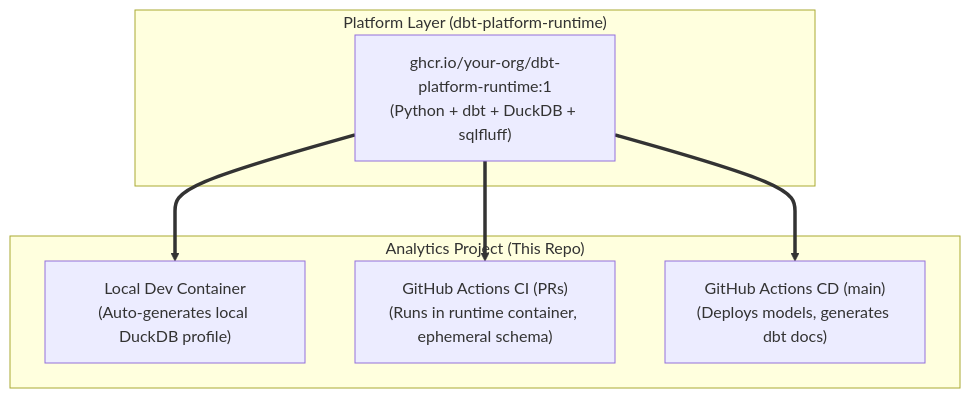
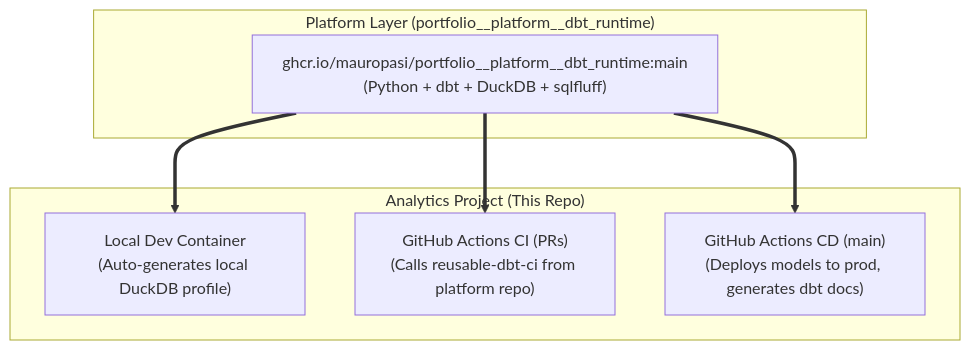
One commit to mauropasi/portfolio__platform__dbt_superstore changed the diagram in README.md. Above: the diagram before and after it, drawn with Mermaid. The commit also changed other lines of this file and 5 other files, not shown here.

Commit message:
chore: align configuration with portfolio__platform__dbt_superstore and ghcr runtime

````diff
--- a/README.md
+++ b/README.md
@@ -9,16 +9,16 @@
 ```mermaid
 flowchart TD
-    subgraph PlatformLayer ["Platform Layer (dbt-platform-runtime)"]
-        RUNTIME["ghcr.io/your-org/dbt-platform-runtime:1\n(Python + dbt + DuckDB + sqlfluff)"]
+    subgraph PlatformLayer ["Platform Layer (portfolio__platform__dbt_runtime)"]
+        RUNTIME["ghcr.io/mauropasi/portfolio__platform__dbt_runtime:main\n(Python + dbt + DuckDB + sqlfluff)"]
     end
 
     subgraph ConsumerLayer ["Analytics Project (This Repo)"]
         DEV["Local Dev Container\n(Auto-generates local DuckDB profile)"]
-        CI["GitHub Actions CI (PRs)\n(Runs in runtime container, ephemeral schema)"]
-        CD["GitHub Actions CD (main)\n(Deploys models, generates dbt docs)"]
+        CI["GitHub Actions CI (PRs)\n(Calls reusable-dbt-ci from platform repo)"]
+        CD["GitHub Actions CD (main)\n(Deploys models to prod, generates dbt docs)"]
     end
 
     RUNTIME ==> DEV
     RUNTIME ==> CI
     RUNTIME ==> CD
 ```
````
